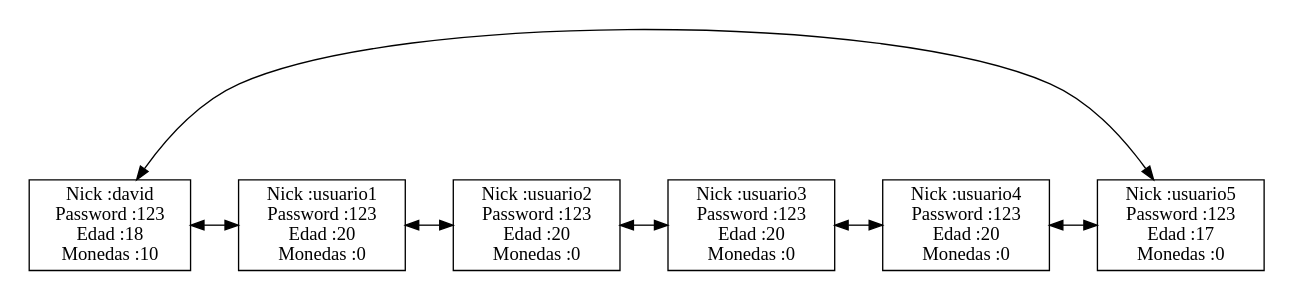
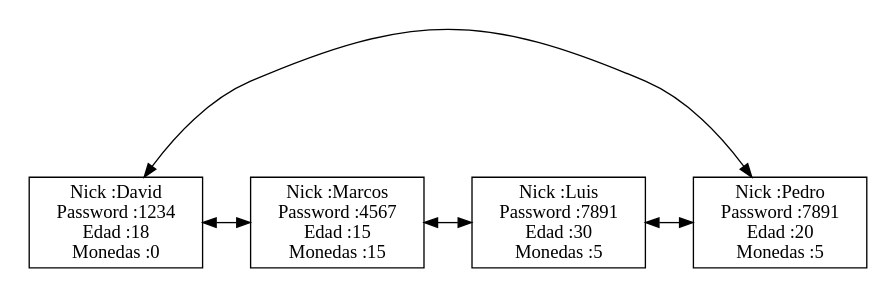
The diagram in Fase_1/Reportes/ListaUsuarios.dot (davidjr01/-EDD_2S-BatallaNaval_-201801106), drawn with Graphviz before and after one commit. The commit also changed 25 other files, not shown here.

```diff
--- a/Fase_1/Reportes/ListaUsuarios.dot
+++ b/Fase_1/Reportes/ListaUsuarios.dot
@@ -1,36 +1,28 @@
 digraph G {
 node[shape = box,width=0.7,height=0.7,fillcolor="white" color="black"  ]
 graph [ nodesep="0.5"]
 graph [pad="0.2", nodesep="0.5", ranksep="2"]
-Nodo1[label=" Nick :david
-Password :123
+Nodo1[label=" Nick :David
+Password :1234
 Edad :18
-Monedas :10"]
-Nodo2[label=" Nick :usuario1
-Password :123
+Monedas :0"]
+Nodo2[label=" Nick :Marcos
+Password :4567
+Edad :15
+Monedas :15"]
+Nodo3[label=" Nick :Luis
+Password :7891
+Edad :30
+Monedas :5"]
+Nodo4[label=" Nick :Pedro
+Password :7891
 Edad :20
-Monedas :0"]
-Nodo3[label=" Nick :usuario2
-Password :123
-Edad :20
-Monedas :0"]
-Nodo4[label=" Nick :usuario3
-Password :123
-Edad :20
-Monedas :0"]
-Nodo5[label=" Nick :usuario4
-Password :123
-Edad :20
-Monedas :0"]
-Nodo6[label=" Nick :usuario5
-Password :123
-Edad :17
-Monedas :0"]
+Monedas :5"]
 edge[ dir="both"]; 
 {rank = same;
-Nodo1->Nodo2->Nodo3->Nodo4->Nodo5->Nodo6->Nodo1
+Nodo1->Nodo2->Nodo3->Nodo4->Nodo1
 
 }
  edge[dir="forward"]; 
 
 }
```
